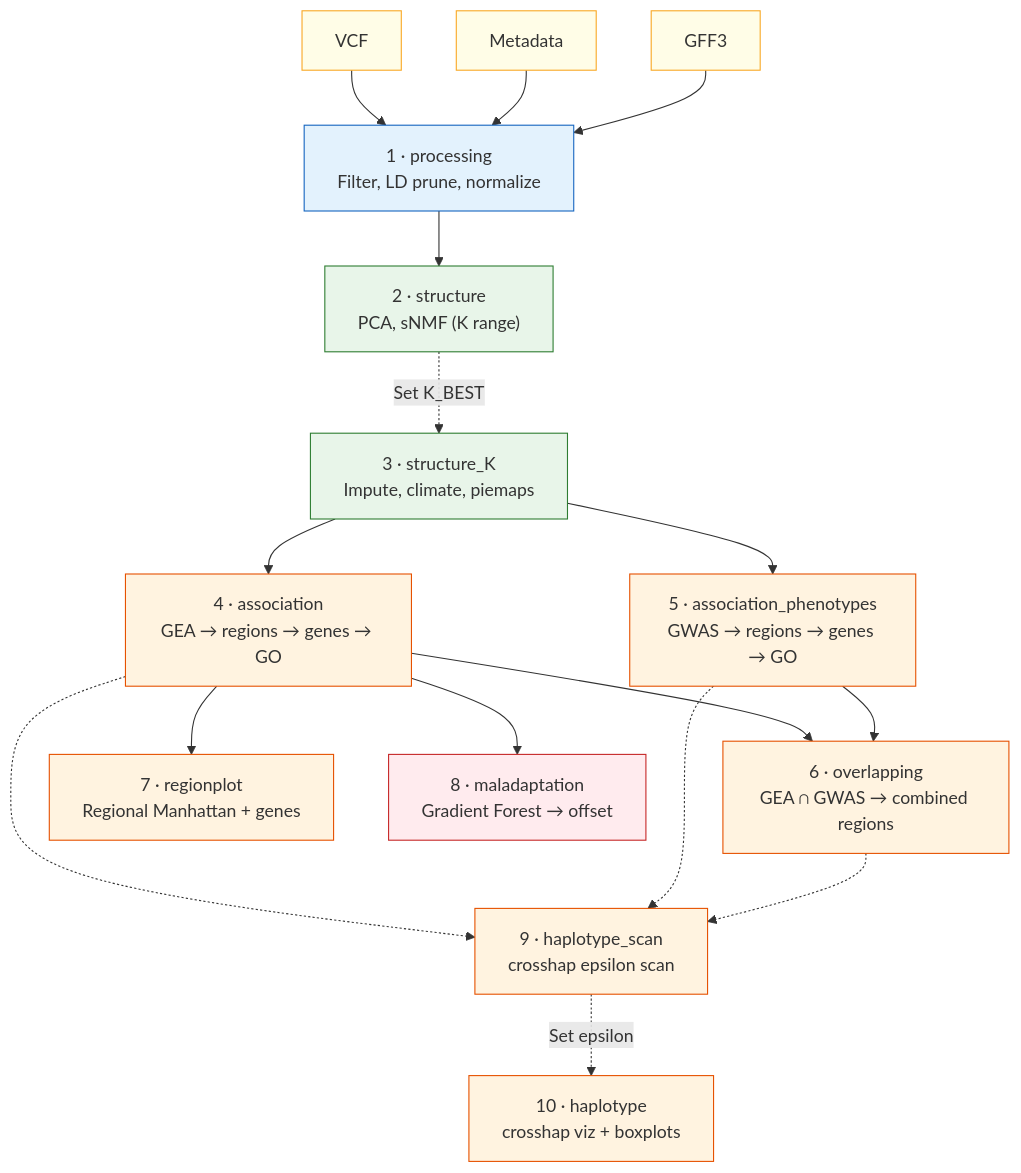
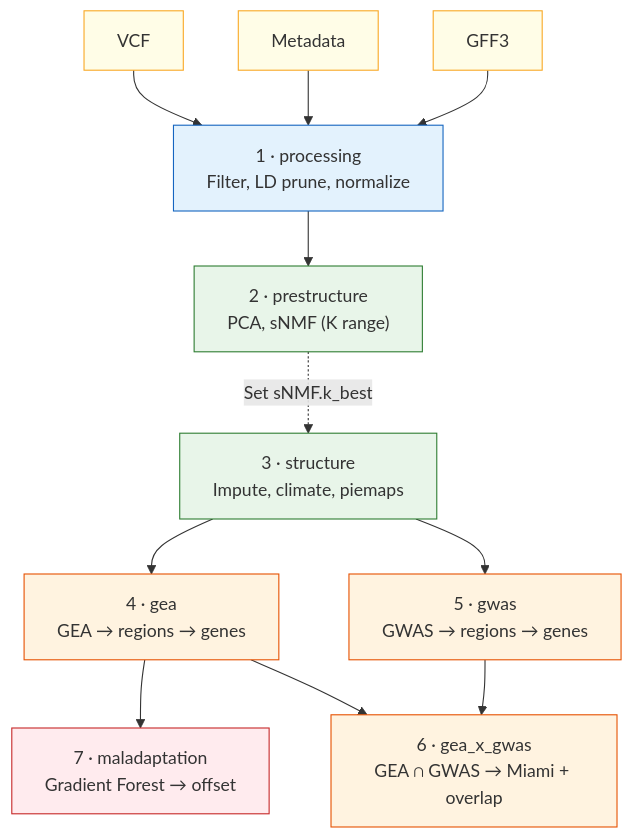
One commit to hubner-lab/ADAPTOGENE changed the first of 8 diagrams in README.md. Above: the diagram before and after it, drawn with Mermaid. The commit also changed other lines of this file and 3 other files, not shown here.

````diff
--- a/README.md
+++ b/README.md
@@ -91,31 +89,26 @@
 ```mermaid
 flowchart TB
     classDef input fill:#FFFDE7,stroke:#F9A825,color:#333
     classDef preproc fill:#E3F2FD,stroke:#1565C0,color:#333
     classDef struct fill:#E8F5E9,stroke:#2E7D32,color:#333
     classDef assoc fill:#FFF3E0,stroke:#E65100,color:#333
     classDef malad fill:#FFEBEE,stroke:#C62828,color:#333
 
     VCF["VCF"]:::input
     META["Metadata"]:::input
     GFF["GFF3"]:::input
 
     proc["1 · processing\nFilter, LD prune, normalize"]:::preproc
-    struct["2 · structure\nPCA, sNMF (K range)"]:::struct
-    structK["3 · structure_K\nImpute, climate, piemaps"]:::struct
-    assoc["4 · association\nGEA → regions → genes → GO"]:::assoc
-    pheno["5 · association_phenotypes\nGWAS → regions → genes → GO"]:::assoc
-    overlap["6 · overlapping\nGEA ∩ GWAS → combined regions"]:::assoc
-    regplot["7 · regionplot\nRegional Manhattan + genes"]:::assoc
-    malad["8 · maladaptation\nGradient Forest → offset"]:::malad
-    hapscan["9 · haplotype_scan\ncrosshap epsilon scan"]:::assoc
-    hapviz["10 · haplotype\ncrosshap viz + boxplots"]:::assoc
+    prestruct["2 · prestructure\nPCA, sNMF (K range)"]:::struct
+    struct["3 · structure\nImpute, climate, piemaps"]:::struct
+    gea["4 · gea\nGEA → regions → genes"]:::assoc
+    gwas["5 · gwas\nGWAS → regions → genes"]:::assoc
+    geaxgwas["6 · gea_x_gwas\nGEA ∩ GWAS → Miami + overlap"]:::assoc
+    malad["7 · maladaptation\nGradient Forest → offset"]:::malad
 
-    VCF & META & GFF --> proc --> struct
-    struct -. "Set K_BEST" .-> structK
-    structK --> assoc & pheno
-    assoc --> regplot & malad
-    assoc & pheno --> overlap
-    assoc & pheno & overlap -.-> hapscan
-    hapscan -. "Set epsilon" .-> hapviz
+    VCF & META & GFF --> proc --> prestruct
+    prestruct -. "Set sNMF.k_best" .-> struct
+    struct --> gea & gwas
+    gea --> malad
+    gea & gwas --> geaxgwas
 ```
````
